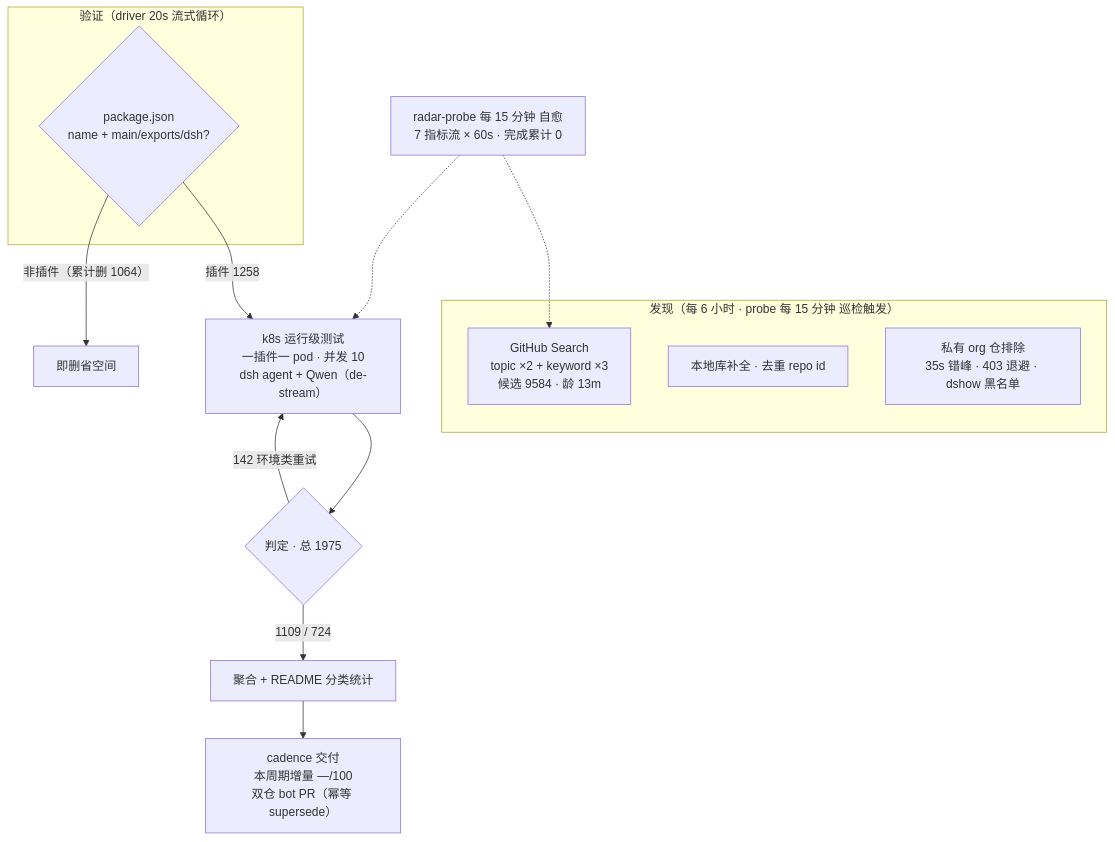
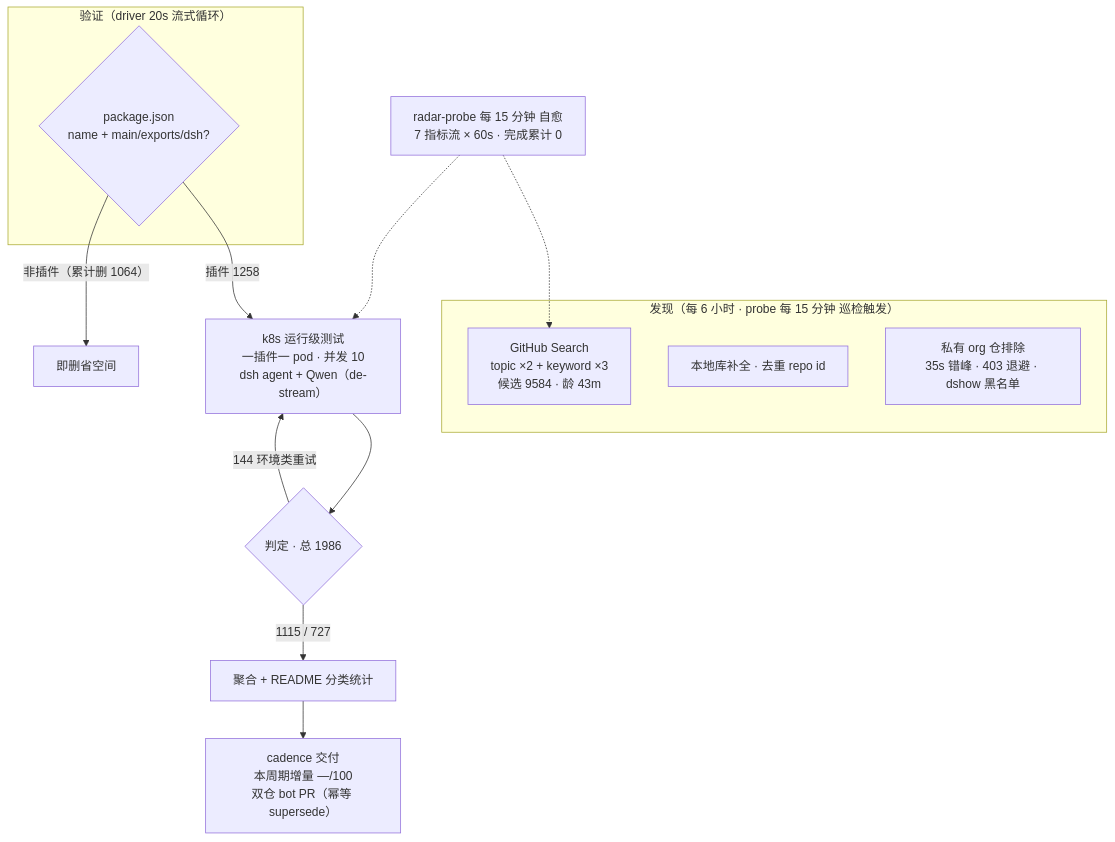
One commit to Zhidao-Lab-OSS/awesome-dsh-plugins changed the diagram in README.md. Above: the diagram before and after it, drawn with Mermaid. The commit also changed other lines of this file and 1 other file, not shown here.

````diff
--- a/README.md
+++ b/README.md
@@ -37,19 +37,19 @@
 ```mermaid
 flowchart TB
     subgraph Discovery[" 发现（每 6 小时 · probe 每 15 分钟 巡检触发）"]
-        A1["GitHub Search<br/>topic ×2 + keyword ×3<br/>候选 9584 · 龄 13m"]
+        A1["GitHub Search<br/>topic ×2 + keyword ×3<br/>候选 9584 · 龄 43m"]
         A2["本地库补全 · 去重 repo id"]
         A3[" 私有 org 仓排除<br/>35s 错峰 · 403 退避 · dshow 黑名单"]
     end
     subgraph Validation[" 验证（driver 20s 流式循环）"]
         B1{"package.json<br/>name + main/exports/dsh?"}
     end
     B1 -->|"插件 1258"| C1["k8s 运行级测试<br/>一插件一 pod · 并发 10<br/>dsh agent + Qwen（de-stream）"]
     B1 -->|"非插件（累计删 1064）"| B3[" 即删省空间"]
-    C1 --> D1{"判定 · 总 1975"}
-    D1 -->|" 1109 /  724"| E1["聚合 + README 分类统计"]
-    D1 -->|" 142 环境类重试"| C1
+    C1 --> D1{"判定 · 总 1986"}
+    D1 -->|" 1115 /  727"| E1["聚合 + README 分类统计"]
+    D1 -->|" 144 环境类重试"| C1
     E1 --> E2["cadence 交付<br/>本周期增量 —/100<br/>双仓 bot PR（幂等 supersede）"]
     M[" radar-probe 每 15 分钟 自愈<br/>7 指标流 × 60s · 完成累计 0"] -.-> A1
     M -.-> C1
 ```
````
